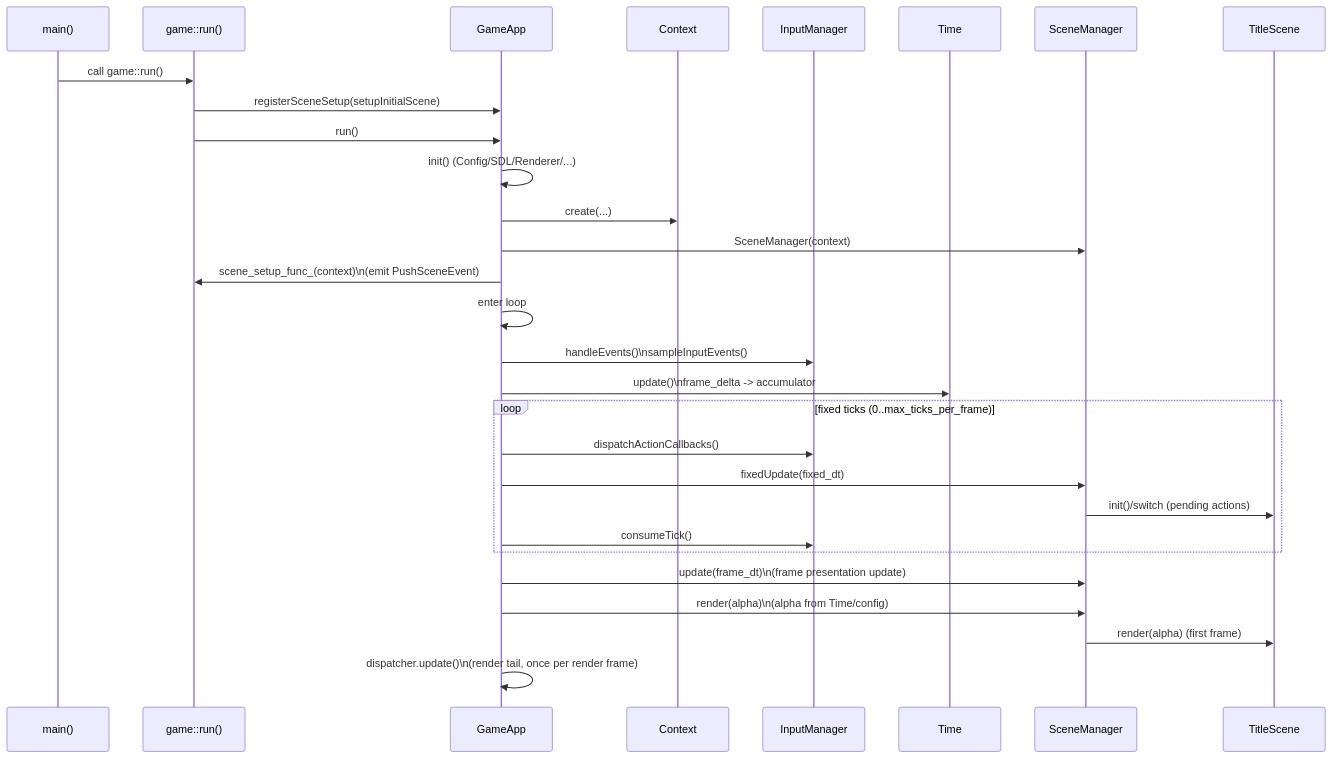
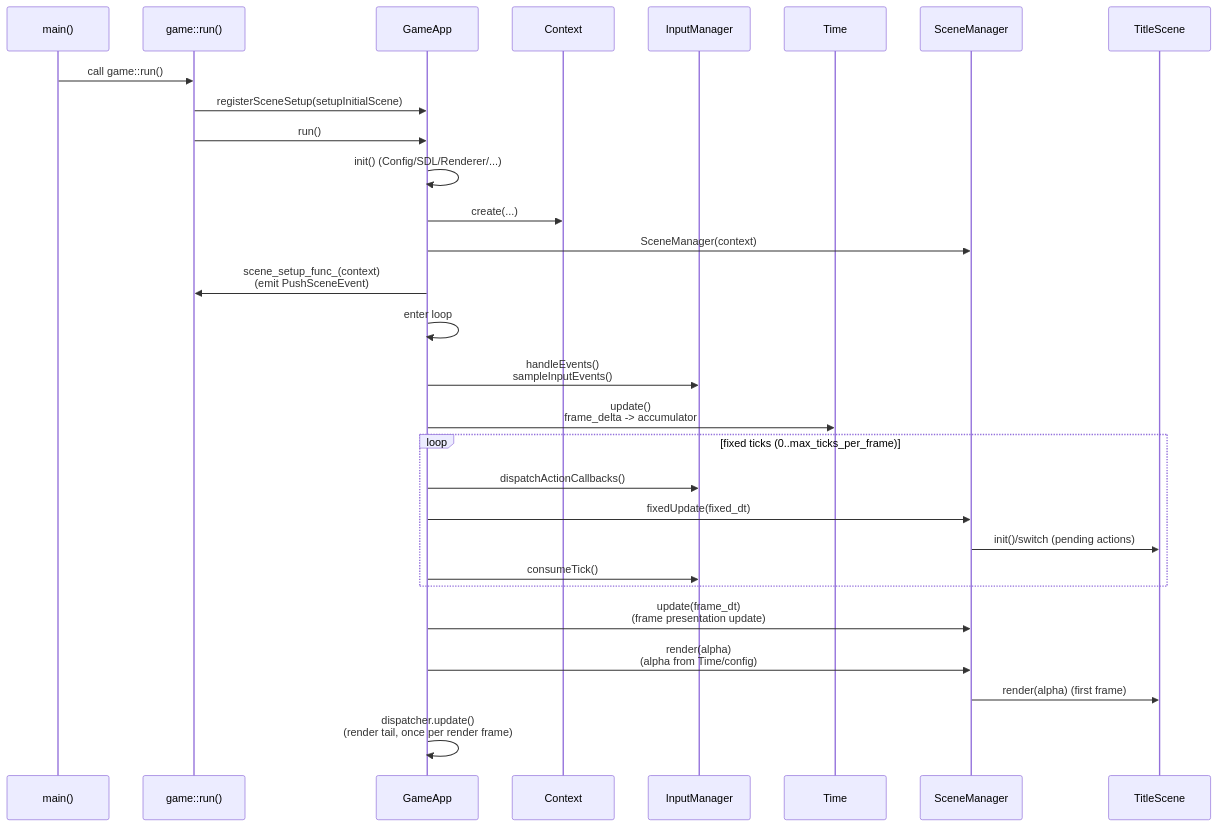
One commit to WispSnow/TinyFarmRPG changed the first of 2 diagrams in docs/engine/entry_to_first_frame.md. Above: the diagram before and after it, drawn with Mermaid. The commit also changed other lines of this file and 33 other files, not shown here.

````diff
--- a/docs/engine/entry_to_first_frame.md
+++ b/docs/engine/entry_to_first_frame.md
@@ -6,32 +6,32 @@
 ```mermaid
 sequenceDiagram
   participant Main as main()
   participant Entry as game::run()
   participant App as GameApp
   participant Ctx as Context
   participant Input as InputManager
   participant Time as Time
   participant SM as SceneManager
   participant Scene as TitleScene
 
   Main->>Entry: call game::run()
   Entry->>App: registerSceneSetup(setupInitialScene)
   Entry->>App: run()
   App->>App: init() (Config/SDL/Renderer/...)
   App->>Ctx: create(...)
   App->>SM: SceneManager(context)
-  App->>Entry: scene_setup_func_(context)\n(emit PushSceneEvent)
+  App->>Entry: scene_setup_func_(context)<br/>(emit PushSceneEvent)
   App->>App: enter loop
-  App->>Input: handleEvents()\nsampleInputEvents()
-  App->>Time: update()\nframe_delta -> accumulator
+  App->>Input: handleEvents()<br/>sampleInputEvents()
+  App->>Time: update()<br/>frame_delta -> accumulator
   loop fixed ticks (0..max_ticks_per_frame)
     App->>Input: dispatchActionCallbacks()
     App->>SM: fixedUpdate(fixed_dt)
     SM->>Scene: init()/switch (pending actions)
     App->>Input: consumeTick()
   end
-  App->>SM: update(frame_dt)\n(frame presentation update)
-  App->>SM: render(alpha)\n(alpha from Time/config)
+  App->>SM: update(frame_dt)<br/>(frame presentation update)
+  App->>SM: render(alpha)<br/>(alpha from Time/config)
   SM->>Scene: render(alpha) (first frame)
-  App->>App: dispatcher.update()\n(render tail, once per render frame)
+  App->>App: dispatcher.update()<br/>(render tail, once per render frame)
 ```
````
